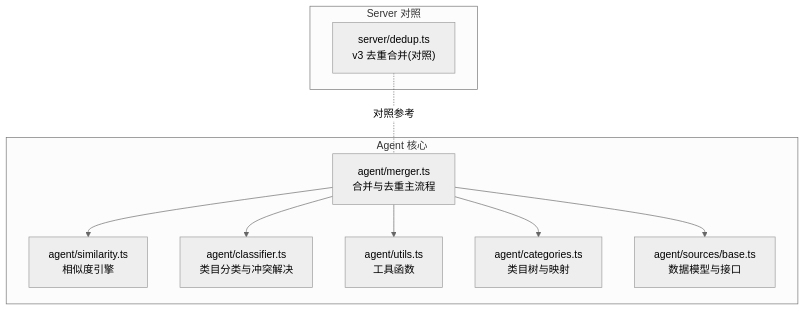
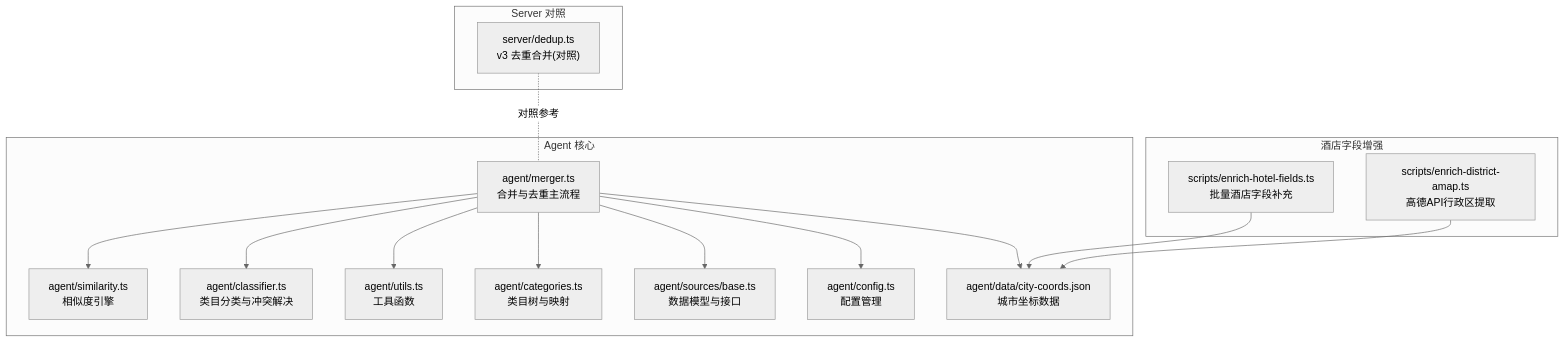
Before and after one commit to ititjjy/AITrip-plan: the first of 11 diagrams in .qoder/repowiki/zh/content/AI数据采集系统/数据处理管道/数据合并算法.md, drawn with Mermaid (neutral theme). The commit also changed other lines of this file and 28 other files, not shown here.

````diff
--- a/.qoder/repowiki/zh/content/AI数据采集系统/数据处理管道/数据合并算法.md
+++ b/.qoder/repowiki/zh/content/AI数据采集系统/数据处理管道/数据合并算法.md
@@ -39,20 +52,30 @@
 ```mermaid
 graph TB
 subgraph "Agent 核心"
 M["agent/merger.ts<br/>合并与去重主流程"]
 S["agent/similarity.ts<br/>相似度引擎"]
 C["agent/classifier.ts<br/>类目分类与冲突解决"]
 U["agent/utils.ts<br/>工具函数"]
 CAT["agent/categories.ts<br/>类目树与映射"]
 BASE["agent/sources/base.ts<br/>数据模型与接口"]
+CONF["agent/config.ts<br/>配置管理"]
+COOR["agent/data/city-coords.json<br/>城市坐标数据"]
+end
+subgraph "酒店字段增强"
+EH["scripts/enrich-hotel-fields.ts<br/>批量酒店字段补充"]
+EDA["scripts/enrich-district-amap.ts<br/>高德API行政区提取"]
 end
 subgraph "Server 对照"
 SD["server/dedup.ts<br/>v3 去重合并(对照)"]
 end
 M --> S
 M --> C
 M --> U
 M --> CAT
 M --> BASE
+M --> CONF
+M --> COOR
+EH --> COOR
+EDA --> COOR
 SD -. 对照参考 .- M
 ```
````
